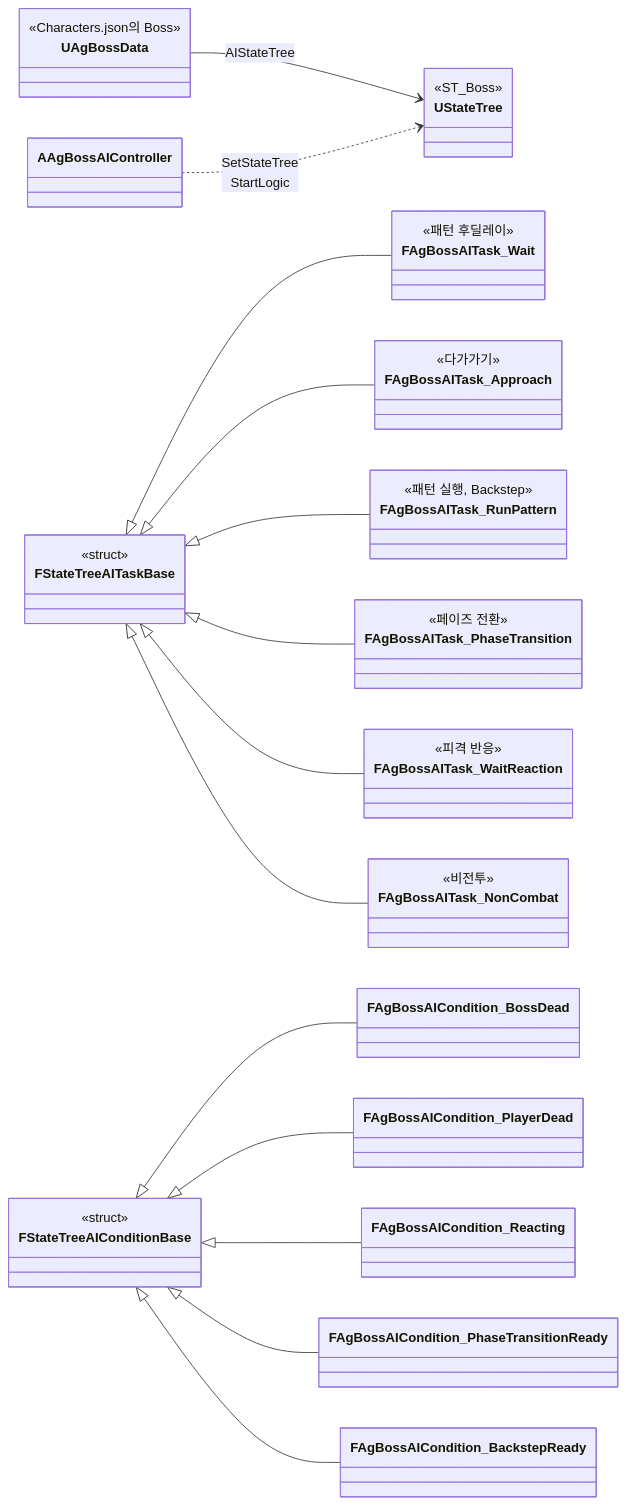
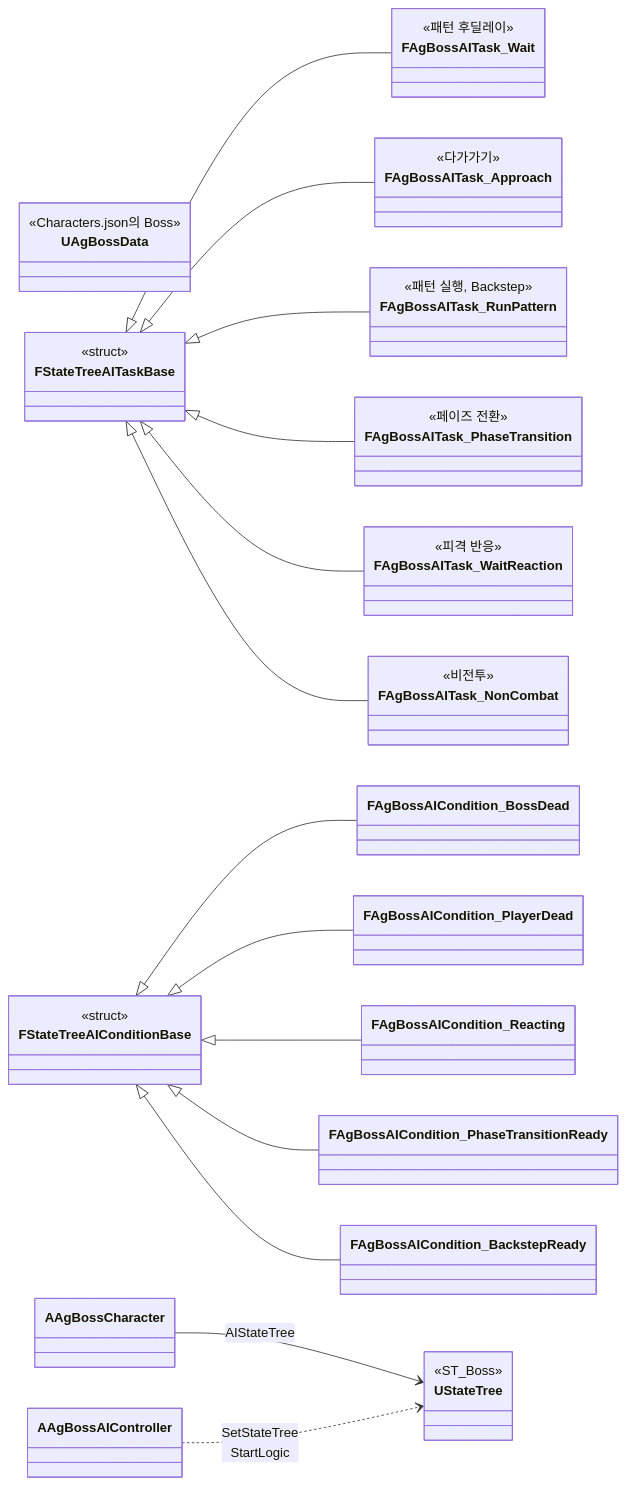
One commit to Woogl/Ag changed the first of 3 diagrams in Docs/Program/보스.md. Above: the diagram before and after it, drawn with Mermaid. The commit also changed other lines of this file and 146 other files, not shown here.

````diff
--- a/Docs/Program/보스.md
+++ b/Docs/Program/보스.md
@@ -33,47 +33,47 @@
 ```mermaid
 classDiagram
     direction LR
     class UAgBossData {
         <<Characters.json의 Boss>>
     }
     class UStateTree {
         <<ST_Boss>>
     }
     class FStateTreeAITaskBase {
         <<struct>>
     }
     class FStateTreeAIConditionBase {
         <<struct>>
     }
     class FAgBossAITask_Wait {
         <<패턴 후딜레이>>
     }
     class FAgBossAITask_Approach {
         <<다가가기>>
     }
     class FAgBossAITask_RunPattern {
         <<패턴 실행, Backstep>>
     }
     class FAgBossAITask_PhaseTransition {
         <<페이즈 전환>>
     }
     class FAgBossAITask_WaitReaction {
         <<피격 반응>>
     }
     class FAgBossAITask_NonCombat {
         <<비전투>>
     }
-    UAgBossData --> UStateTree : AIStateTree
+    AAgBossCharacter --> UStateTree : AIStateTree
     AAgBossAIController ..> UStateTree : SetStateTree<br>StartLogic
     FStateTreeAITaskBase <|-- FAgBossAITask_Wait
     FStateTreeAITaskBase <|-- FAgBossAITask_Approach
     FStateTreeAITaskBase <|-- FAgBossAITask_RunPattern
     FStateTreeAITaskBase <|-- FAgBossAITask_PhaseTransition
     FStateTreeAITaskBase <|-- FAgBossAITask_WaitReaction
     FStateTreeAITaskBase <|-- FAgBossAITask_NonCombat
     FStateTreeAIConditionBase <|-- FAgBossAICondition_BossDead
     FStateTreeAIConditionBase <|-- FAgBossAICondition_PlayerDead
     FStateTreeAIConditionBase <|-- FAgBossAICondition_Reacting
     FStateTreeAIConditionBase <|-- FAgBossAICondition_PhaseTransitionReady
     FStateTreeAIConditionBase <|-- FAgBossAICondition_BackstepReady
 ```
````
